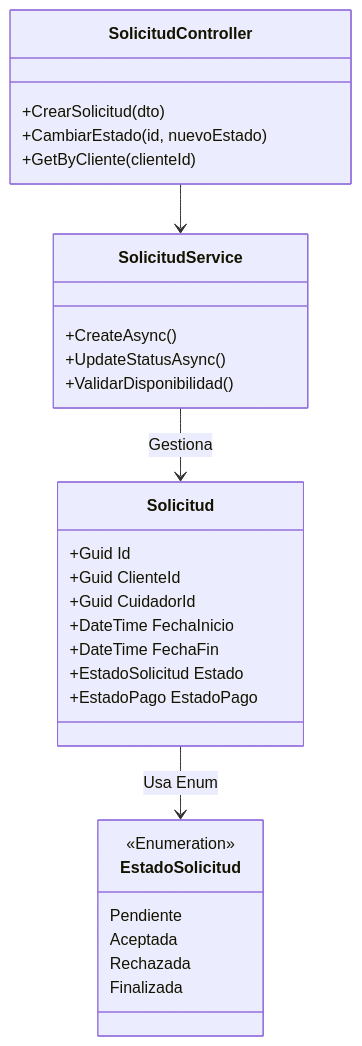
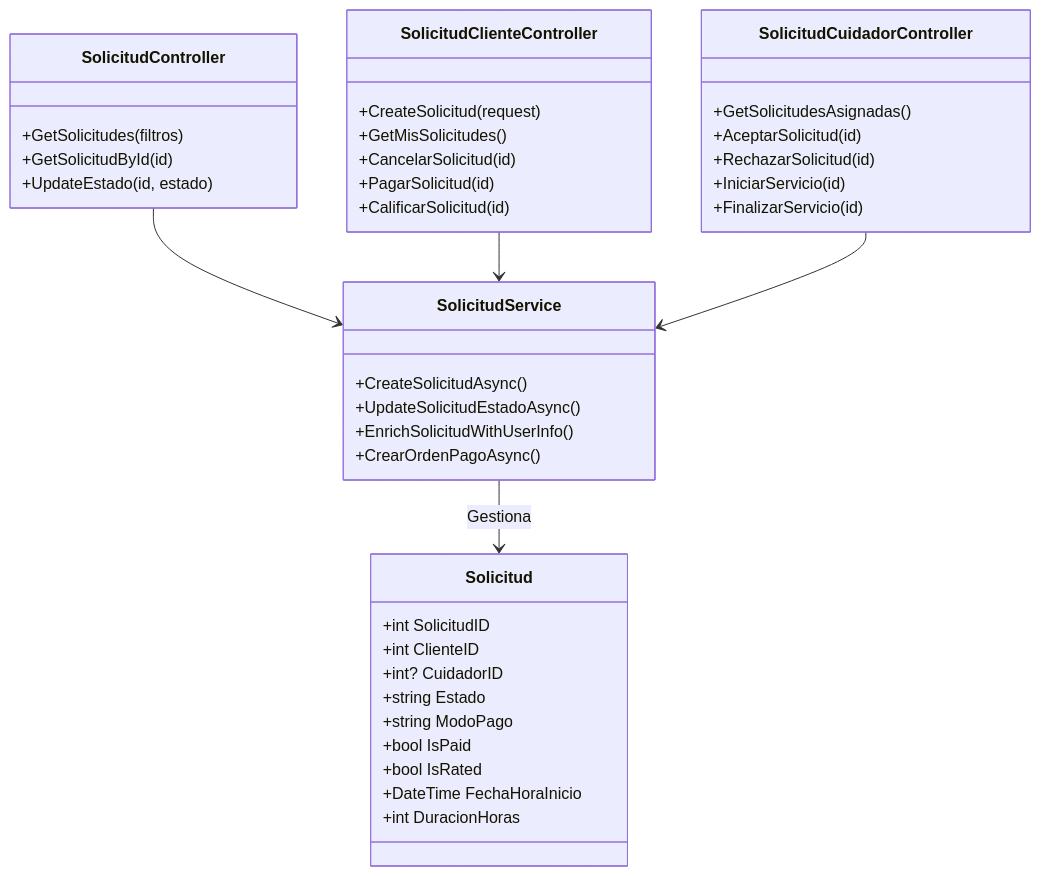
Before and after one commit to WooshC/PetCare-DSS: the second of 2 diagrams in backend/request-service/README.md, drawn with Mermaid. The commit also changed other lines of this file and 4 other files, not shown here.

````diff
--- a/backend/request-service/README.md
+++ b/backend/request-service/README.md
@@ -52,41 +69,53 @@
 ```mermaid
 classDiagram
     %% Estilos
     classDef controller fill:#ffe0b2,stroke:#f57c00,stroke-width:1px
     classDef service fill:#bbdefb,stroke:#1976d2,stroke-width:1px
     classDef model fill:#c8e6c9,stroke:#388e3c,stroke-width:1px
 
     class SolicitudController:::controller {
-        +CrearSolicitud(dto)
-        +CambiarEstado(id, nuevoEstado)
-        +GetByCliente(clienteId)
+        +GetSolicitudes(filtros)
+        +GetSolicitudById(id)
+        +UpdateEstado(id, estado)
+    }
+
+    class SolicitudClienteController:::controller {
+        +CreateSolicitud(request)
+        +GetMisSolicitudes()
+        +CancelarSolicitud(id)
+        +PagarSolicitud(id)
+        +CalificarSolicitud(id)
+    }
+
+    class SolicitudCuidadorController:::controller {
+        +GetSolicitudesAsignadas()
+        +AceptarSolicitud(id)
+        +RechazarSolicitud(id)
+        +IniciarServicio(id)
+        +FinalizarServicio(id)
     }
 
     class SolicitudService:::service {
-        +CreateAsync()
-        +UpdateStatusAsync()
-        +ValidarDisponibilidad()
+        +CreateSolicitudAsync()
+        +UpdateSolicitudEstadoAsync()
+        +EnrichSolicitudWithUserInfo()
+        +CrearOrdenPagoAsync()
     }
 
     class Solicitud:::model {
-        +Guid Id
-        +Guid ClienteId
-        +Guid CuidadorId
-        +DateTime FechaInicio
-        +DateTime FechaFin
-        +EstadoSolicitud Estado
-        +EstadoPago EstadoPago
-    }
-
-    class EstadoSolicitud:::model {
-        <<Enumeration>>
-        Pendiente
-        Aceptada
-        Rechazada
-        Finalizada
+        +int SolicitudID
+        +int ClienteID
+        +int? CuidadorID
+        +string Estado
+        +string ModoPago
+        +bool IsPaid
+        +bool IsRated
+        +DateTime FechaHoraInicio
+        +int DuracionHoras
     }
 
     SolicitudController --> SolicitudService
+    SolicitudClienteController --> SolicitudService
+    SolicitudCuidadorController --> SolicitudService
     SolicitudService --> Solicitud : Gestiona
-    Solicitud --> EstadoSolicitud : Usa Enum
 ```
````
